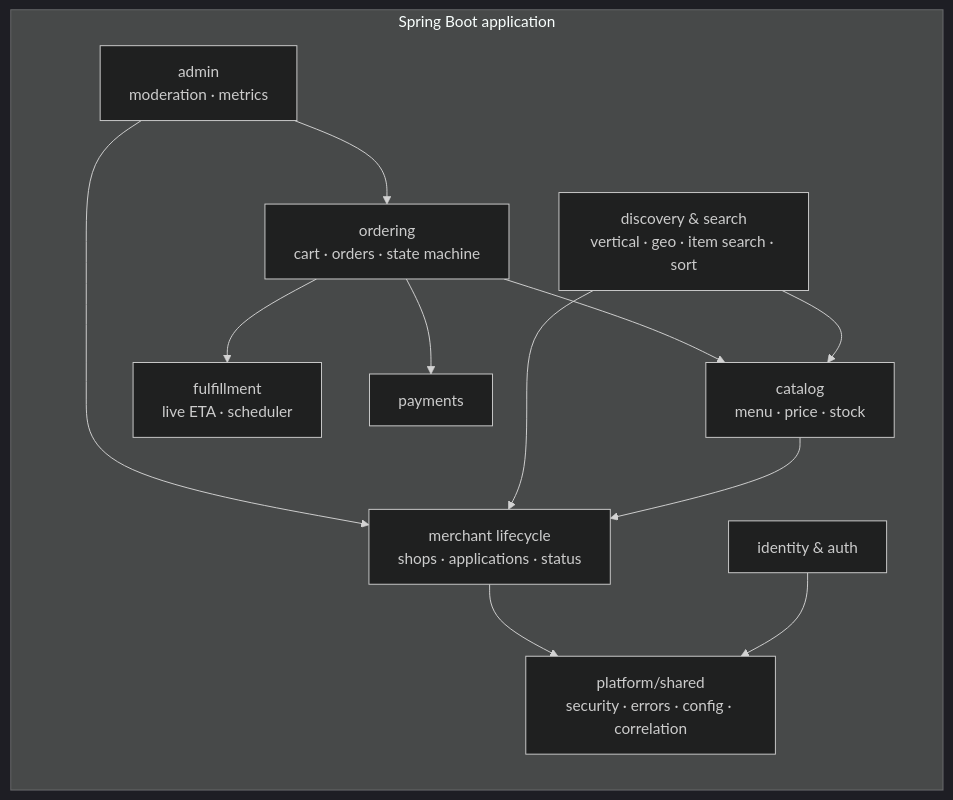
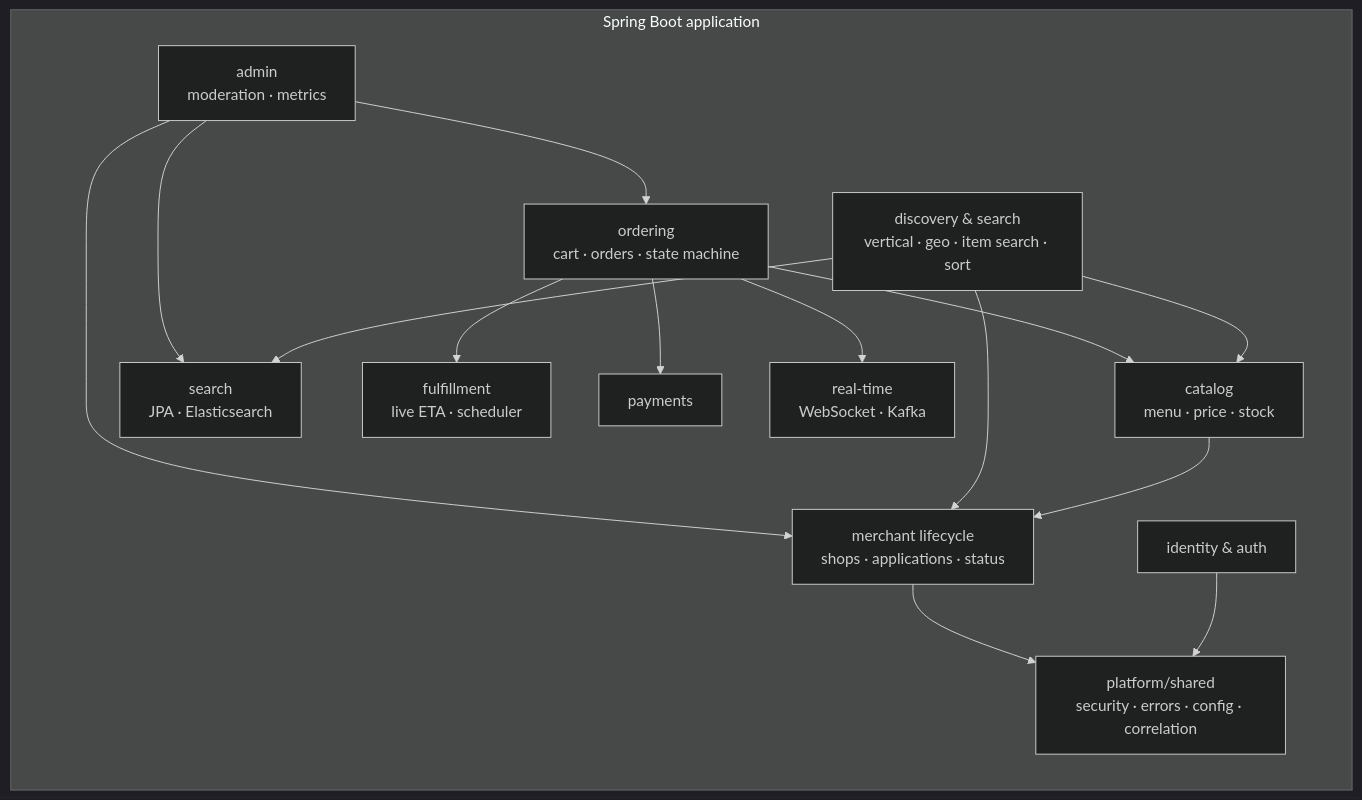
Before and after one commit to ManoharEldhandi/OnTheWay: the second of 10 diagrams in ARCHITECTURE.md, drawn with Mermaid (dark theme). The commit also changed other lines of this file and 103 other files, not shown here.

````diff
--- a/ARCHITECTURE.md
+++ b/ARCHITECTURE.md
@@ -91,26 +94,31 @@
 ```mermaid
 graph LR
     subgraph Backend[Spring Boot application]
       direction TB
       AUTH[identity & auth]
       MERCH[merchant lifecycle<br/>shops · applications · status]
       CAT[catalog<br/>menu · price · stock]
       DISC[discovery & search<br/>vertical · geo · item search · sort]
       ORD[ordering<br/>cart · orders · state machine]
       ETA[fulfillment<br/>live ETA · scheduler]
       PAY[payments]
+      SEARCH[search<br/>JPA · Elasticsearch]
+      RT[real-time<br/>WebSocket · Kafka]
       ADMIN[admin<br/>moderation · metrics]
       PLAT[platform/shared<br/>security · errors · config · correlation]
     end
 
     AUTH --> PLAT
     MERCH --> PLAT
     CAT --> MERCH
     DISC --> CAT
     DISC --> MERCH
+    DISC --> SEARCH
     ORD --> CAT
     ORD --> ETA
     ORD --> PAY
+    ORD --> RT
     ADMIN --> MERCH
     ADMIN --> ORD
+    ADMIN --> SEARCH
 ```
````
